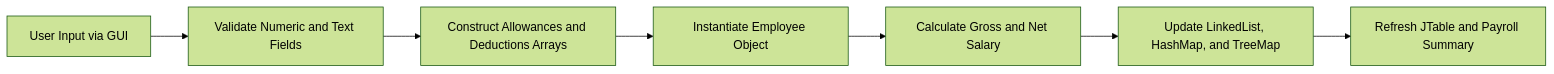
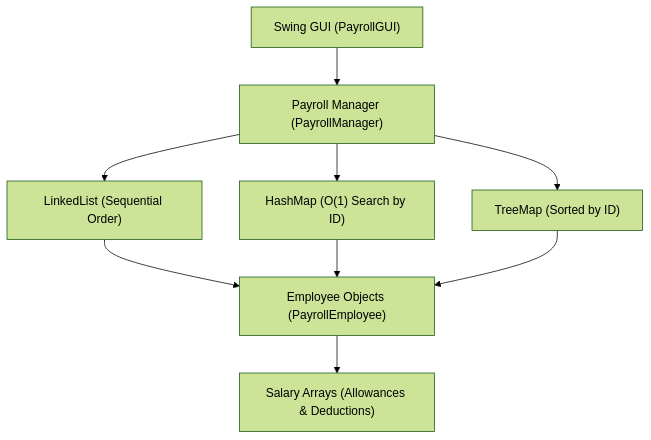
One commit to prathameshmore07/Employee_Payroll_Management_System changed the diagram in README.md. Above: the diagram before and after it, drawn with Mermaid (forest theme). The commit also changed other lines of this file, not shown here.

````diff
--- a/README.md
+++ b/README.md
@@ -143,9 +55,11 @@
 ```mermaid
-flowchart LR
-    A["User Input via GUI"] --> B["Validate Numeric and Text Fields"]
-    B --> C["Construct Allowances and Deductions Arrays"]
-    C --> D["Instantiate Employee Object"]
-    D --> E["Calculate Gross and Net Salary"]
-    E --> F["Update LinkedList, HashMap, and TreeMap"]
-    F --> G["Refresh JTable and Payroll Summary"]
+flowchart TD
+    A["Swing GUI (PayrollGUI)"] --> B["Payroll Manager (PayrollManager)"]
+    B --> C["LinkedList (Sequential Order)"]
+    B --> D["HashMap (O(1) Search by ID)"]
+    B --> E["TreeMap (Sorted by ID)"]
+    C --> F["Employee Objects (PayrollEmployee)"]
+    D --> F
+    E --> F
+    F --> G["Salary Arrays (Allowances & Deductions)"]
 ```
````
